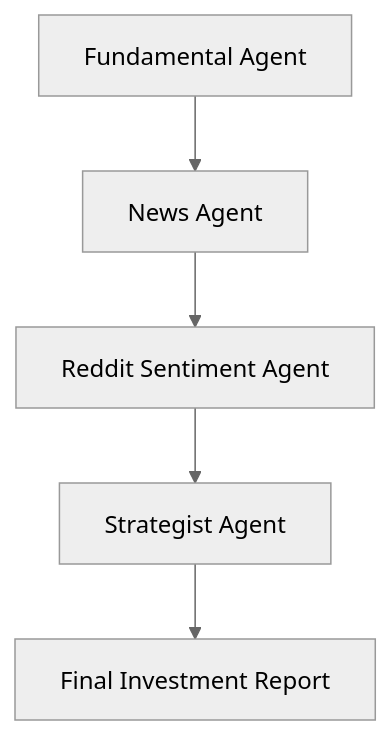
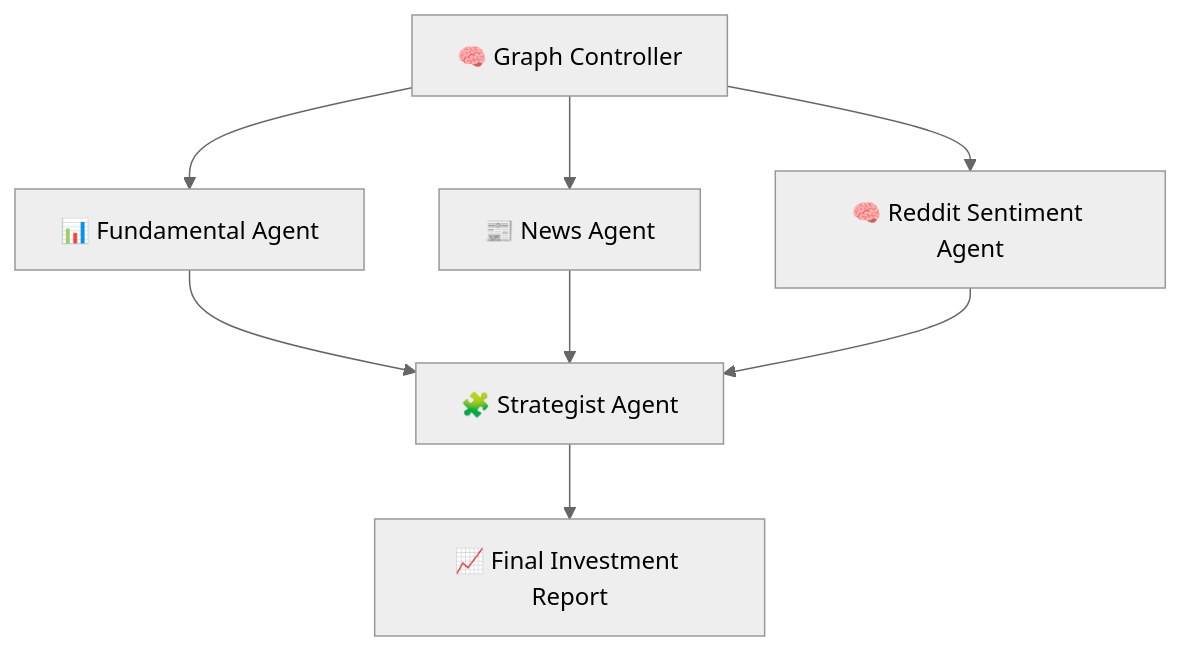
Before and after one commit to tongxincs/HedgeMindAI: the diagram in README.md, drawn with Mermaid (neutral theme).

````diff
--- a/README.md
+++ b/README.md
@@ -47,7 +47,14 @@
 ```mermaid
 graph TD;
-    A[Fundamental Agent] --> B[News Agent]
-    B --> C[Reddit Sentiment Agent]
-    C --> D[Strategist Agent]
-    D --> E[Final Investment Report]
+    A[🧠 Graph Controller]
+
+    A --> B1[📊 Fundamental Agent]
+    A --> B2[📰 News Agent]
+    A --> B3[🧠 Reddit Sentiment Agent]
+
+    B1 --> C[🧩 Strategist Agent]
+    B2 --> C
+    B3 --> C
+
+    C --> D[📈 Final Investment Report]
 ```
````
